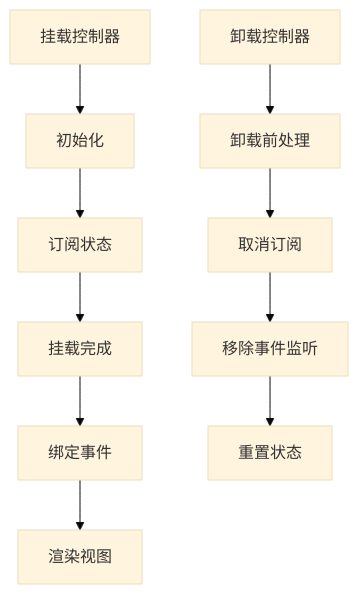
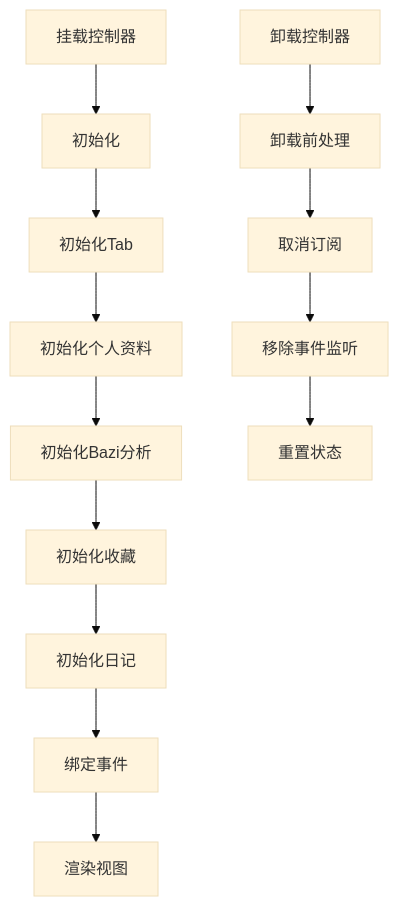
The third of 16 diagrams in .qoder/repowiki/zh/content/控制器系统/个人资料控制器.md (jeankeim/wuxing-fashion), drawn with Mermaid (base theme) before and after one commit. The commit also changed other lines of this file and 27 other files, not shown here.

````diff
--- a/.qoder/repowiki/zh/content/控制器系统/个人资料控制器.md
+++ b/.qoder/repowiki/zh/content/控制器系统/个人资料控制器.md
@@ -177,12 +252,15 @@
 ```mermaid
 flowchart TD
 Mount[挂载控制器] --> Init[初始化]
-Init --> SubscribeStore[订阅状态]
-SubscribeStore --> OnMount[挂载完成]
-OnMount --> BindEvents[绑定事件]
+Init --> InitTabs[初始化Tab]
+InitTabs --> InitProfile[初始化个人资料]
+InitProfile --> InitBazi[初始化Bazi分析]
+InitBazi --> InitFavorites[初始化收藏]
+InitFavorites --> InitDiary[初始化日记]
+InitDiary --> BindEvents[绑定事件]
 BindEvents --> RenderView[渲染视图]
 Unmount[卸载控制器] --> OnUnmount[卸载前处理]
 OnUnmount --> UnsubscribeStore[取消订阅]
 UnsubscribeStore --> RemoveEvents[移除事件监听]
 RemoveEvents --> ResetState[重置状态]
 ```
````
